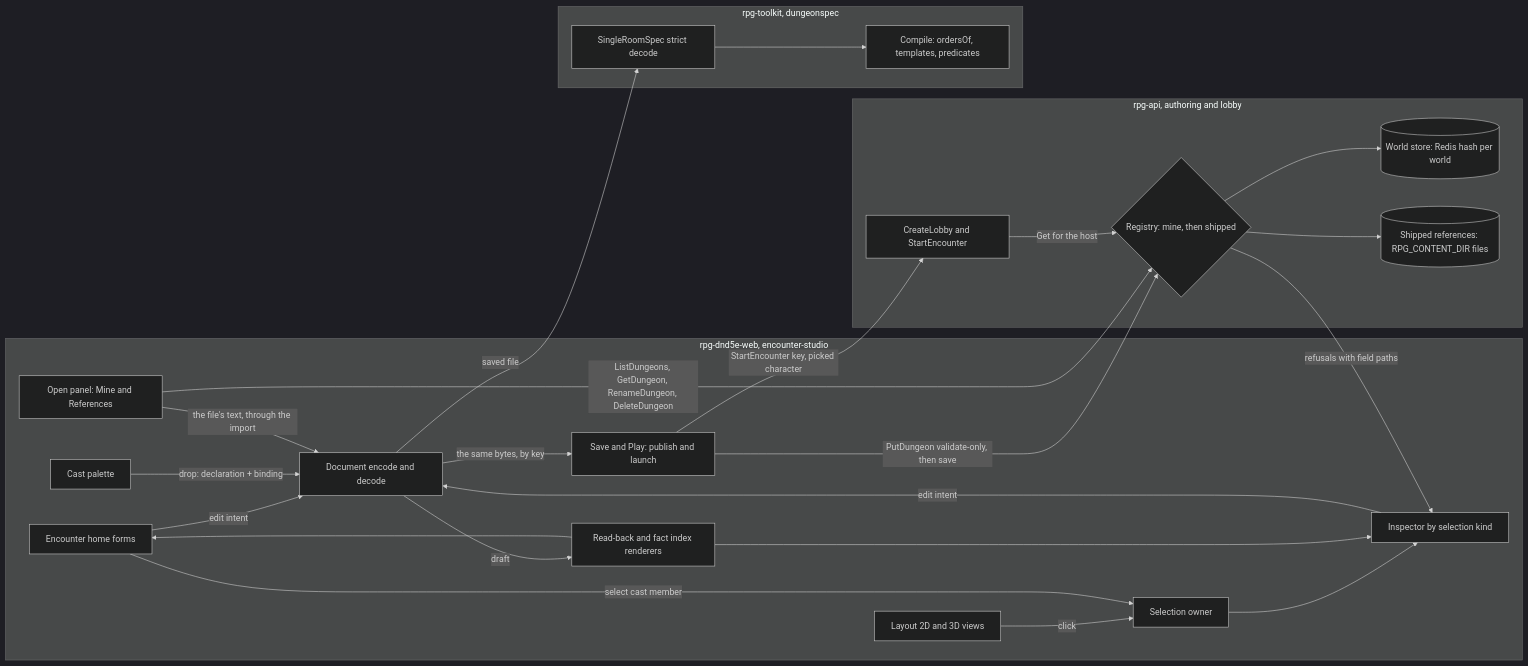
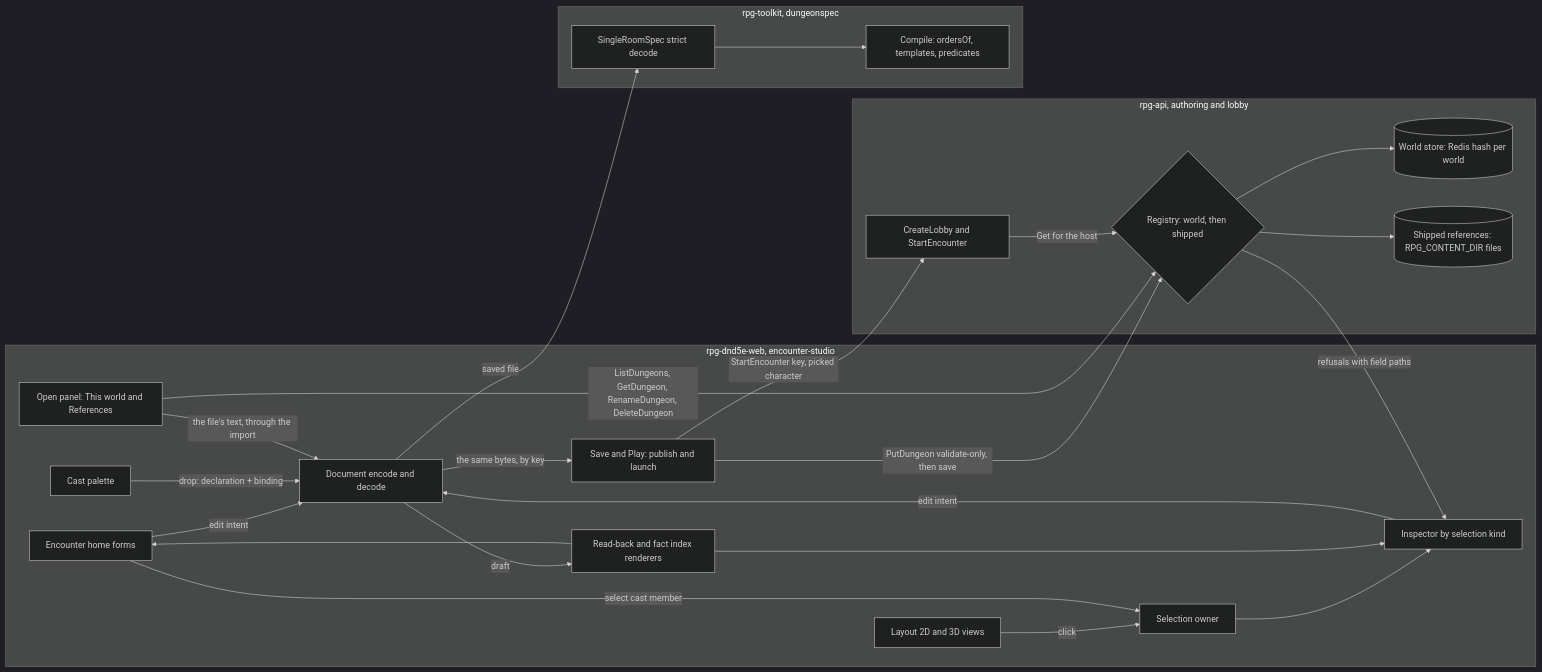
The diagram in ideas/encounter-studio/README.md (KirkDiggler/rpg-project), drawn with Mermaid (dark theme) before and after one commit. The commit also changed other lines of this file and 1 other file, not shown here.

First line of the commit message:
design: encounter studio S7 — the world's encounters are listed (R24)

````diff
--- a/ideas/encounter-studio/README.md
+++ b/ideas/encounter-studio/README.md
@@ -25,44 +25,44 @@
 ```mermaid
 flowchart LR
     subgraph Web[rpg-dnd5e-web, encounter-studio]
         Home[Encounter home forms]
         Palette[Cast palette]
         Map[Layout 2D and 3D views]
         Sel[Selection owner]
         Insp[Inspector by selection kind]
         RB[Read-back and fact index renderers]
         Codec[Document encode and decode]
         Pub[Save and Play: publish and launch]
-        Open[Open panel: Mine and References]
+        Open[Open panel: This world and References]
     end
     subgraph API[rpg-api, authoring and lobby]
-        Reg{Registry: mine, then shipped}
+        Reg{Registry: world, then shipped}
         User[(World store: Redis hash per world)]
         Ship[(Shipped references: RPG_CONTENT_DIR files)]
         Lobby[CreateLobby and StartEncounter]
     end
     subgraph TK[rpg-toolkit, dungeonspec]
         Dec[SingleRoomSpec strict decode]
         Comp[Compile: ordersOf, templates, predicates]
     end
     Home -->|edit intent| Codec
     Palette -->|drop: declaration + binding| Codec
     Map -->|click| Sel
     Home -->|select cast member| Sel
     Sel --> Insp
     Insp -->|edit intent| Codec
     Codec -->|draft| RB
     RB --> Insp
     RB --> Home
     Codec -->|saved file| Dec
     Dec --> Comp
     Codec -->|the same bytes, by key| Pub
     Pub -->|PutDungeon validate-only, then save| Reg
     Reg -->|refusals with field paths| Insp
     Pub -->|StartEncounter key, picked character| Lobby
     Open -->|ListDungeons, GetDungeon, RenameDungeon, DeleteDungeon| Reg
     Open -->|the file's text, through the import| Codec
     Reg --> User
     Reg --> Ship
     Lobby -->|Get for the host| Reg
 ```
````
